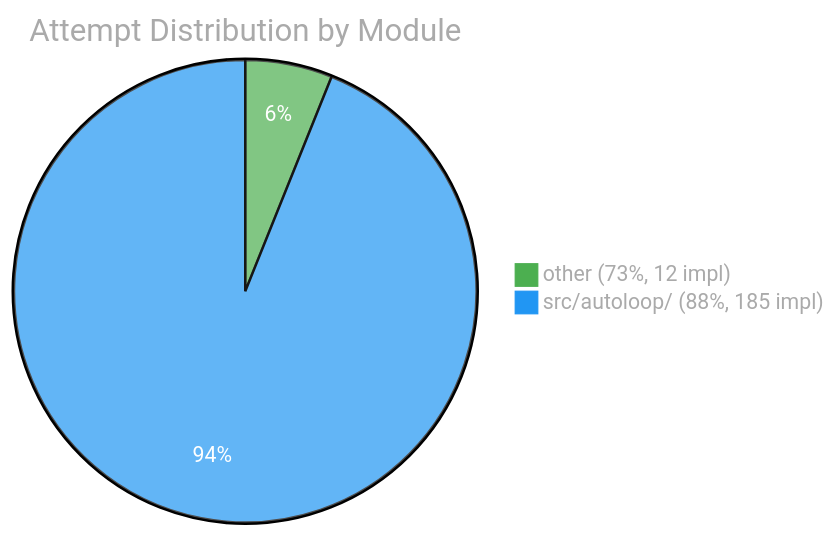
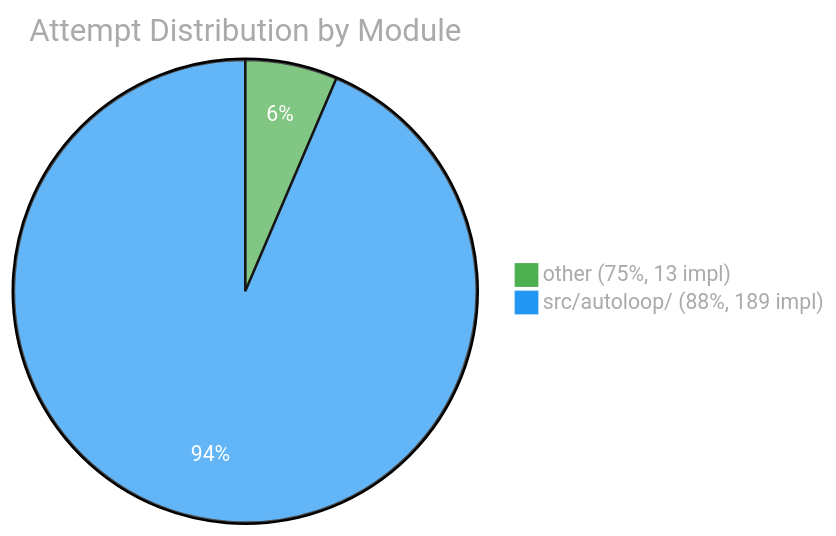
Before and after one commit to Sanctum-Origo-Systems/autoloop: the third of 3 diagrams in EVAL.md, drawn with Mermaid. The commit also changed other lines of this file and 1 other file, not shown here.

````diff
--- a/EVAL.md
+++ b/EVAL.md
@@ -37,6 +37,6 @@
 ```mermaid
 %%{init: {'theme': 'base', 'themeVariables': {'pie1': '#4CAF50', 'pie2': '#2196F3', 'pie3': '#FF9800', 'pie4': '#E91E63', 'pie5': '#9C27B0', 'pie6': '#00BCD4', 'pieTitleTextColor': '#aaa', 'pieLegendTextColor': '#aaa', 'pieSectionTextColor': '#fff'}}}%%
 pie title Attempt Distribution by Module
-    "other (73%, 12 impl)" : 12
-    "src/autoloop/ (88%, 185 impl)" : 185
+    "other (75%, 13 impl)" : 13
+    "src/autoloop/ (88%, 189 impl)" : 189
 ```
````
